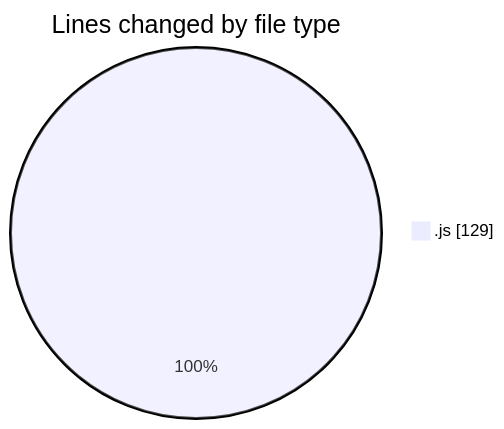
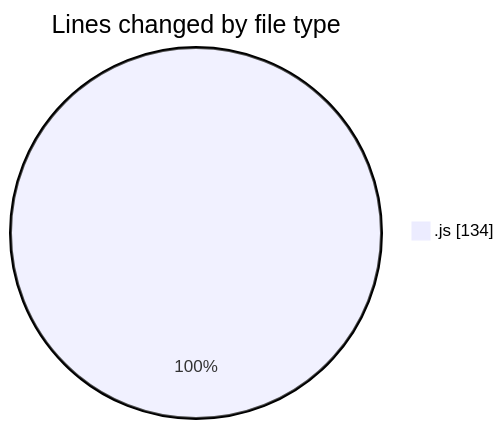
The first of 2 diagrams in 2025-03-13/cda/README.md (momahboobian/code-tracking), drawn with Mermaid before and after one commit. The commit also changed other lines of this file and 1 other file, not shown here.

````diff
--- a/2025-03-13/cda/README.md
+++ b/2025-03-13/cda/README.md
@@ -21,5 +21,5 @@
 ```mermaid
 pie showData
 title Lines changed by file type
-".js" : 129
+".js" : 134
 ```
````
